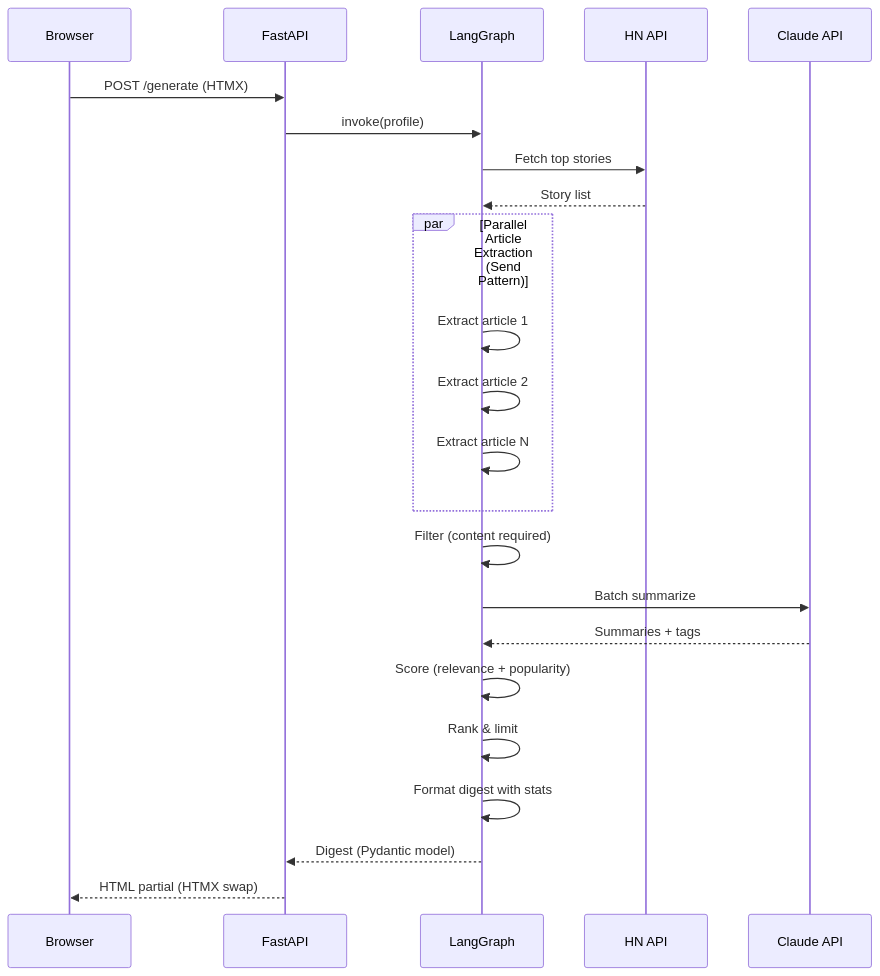
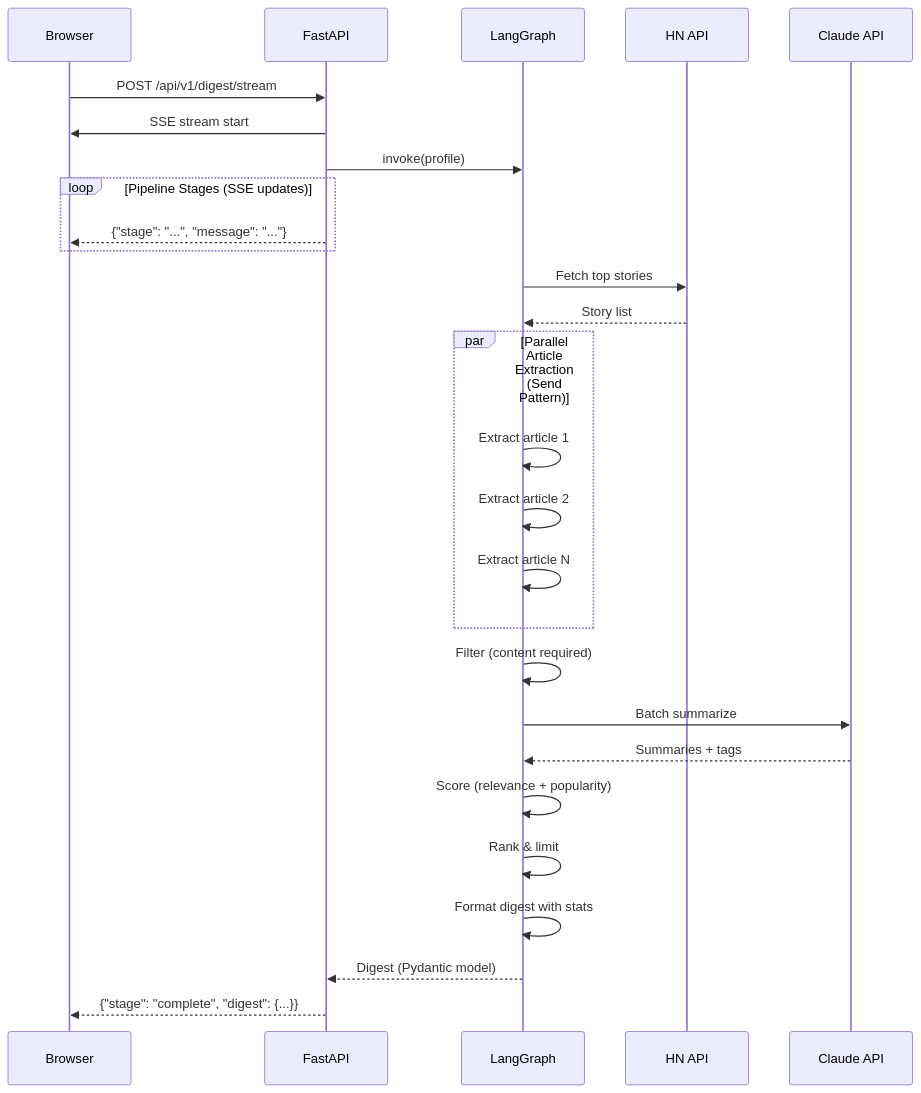
Before and after one commit to darth-dodo/hn-herald: the second of 5 diagrams in docs/architecture.md, drawn with Mermaid. The commit also changed other lines of this file and 15 other files, not shown here.

````diff
--- a/docs/architecture.md
+++ b/docs/architecture.md
@@ -72,28 +76,34 @@
 ```mermaid
 sequenceDiagram
     participant B as Browser
     participant F as FastAPI
     participant G as LangGraph
     participant HN as HN API
     participant C as Claude API
 
-    B->>F: POST /generate (HTMX)
+    B->>F: POST /api/v1/digest/stream
+    F->>B: SSE stream start
     F->>G: invoke(profile)
+
+    loop Pipeline Stages (SSE updates)
+        F-->>B: {"stage": "...", "message": "..."}
+    end
+
     G->>HN: Fetch top stories
     HN-->>G: Story list
 
     par Parallel Article Extraction (Send Pattern)
         G->>G: Extract article 1
         G->>G: Extract article 2
         G->>G: Extract article N
     end
 
     G->>G: Filter (content required)
     G->>C: Batch summarize
     C-->>G: Summaries + tags
     G->>G: Score (relevance + popularity)
     G->>G: Rank & limit
     G->>G: Format digest with stats
     G-->>F: Digest (Pydantic model)
-    F-->>B: HTML partial (HTMX swap)
+    F-->>B: {"stage": "complete", "digest": {...}}
 ```
````
